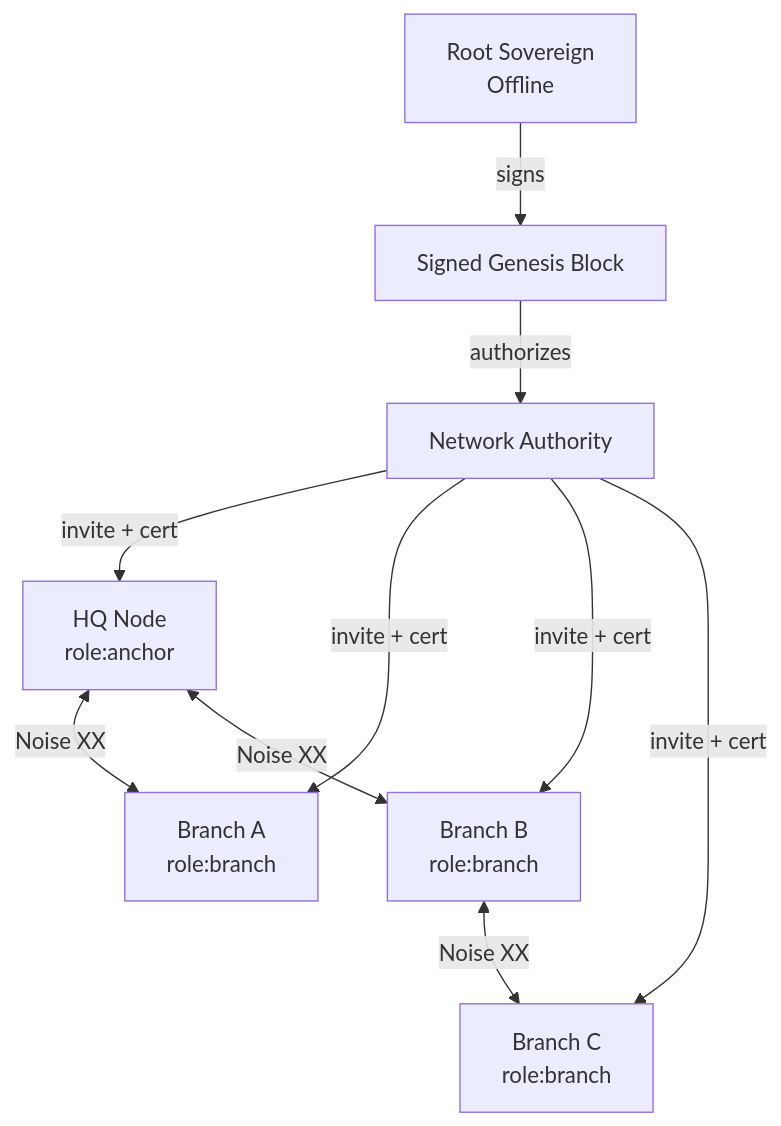
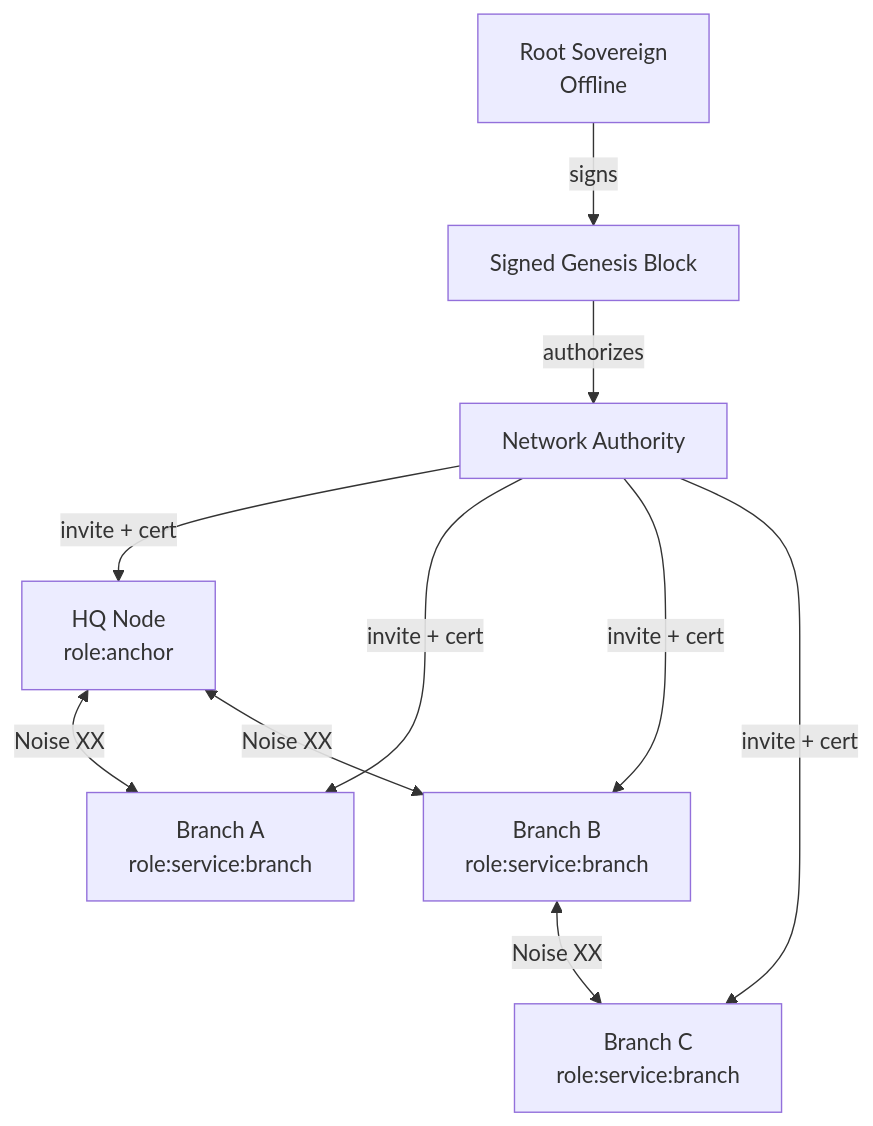
The diagram in docs/examples/sovereign-organization.md (GenesisMeshLabs/genesismesh), drawn with Mermaid before and after one commit. The commit also changed other lines of this file and 119 other files, not shown here.

````diff
--- a/docs/examples/sovereign-organization.md
+++ b/docs/examples/sovereign-organization.md
@@ -6,21 +6,21 @@
 ```{mermaid}
 flowchart TB
     root["Root Sovereign<br/>Offline"]
     genesis["Signed Genesis Block"]
     na["Network Authority"]
     hq["HQ Node<br/>role:anchor"]
-    branch_a["Branch A<br/>role:branch"]
-    branch_b["Branch B<br/>role:branch"]
-    branch_c["Branch C<br/>role:branch"]
+    branch_a["Branch A<br/>role:service:branch"]
+    branch_b["Branch B<br/>role:service:branch"]
+    branch_c["Branch C<br/>role:service:branch"]
 
     root -->|signs| genesis
     genesis -->|authorizes| na
     na -->|invite + cert| hq
     na -->|invite + cert| branch_a
     na -->|invite + cert| branch_b
     na -->|invite + cert| branch_c
 
     hq <-->|Noise XX| branch_a
     hq <-->|Noise XX| branch_b
     branch_b <-->|Noise XX| branch_c
 ```
````
